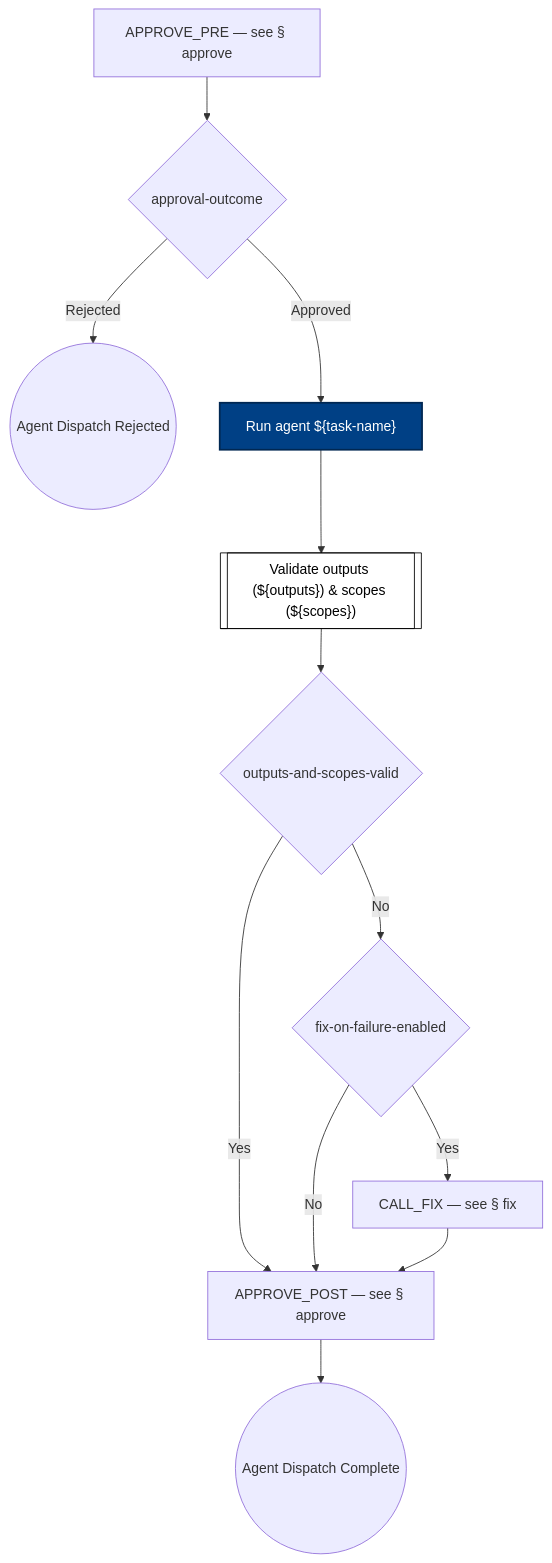
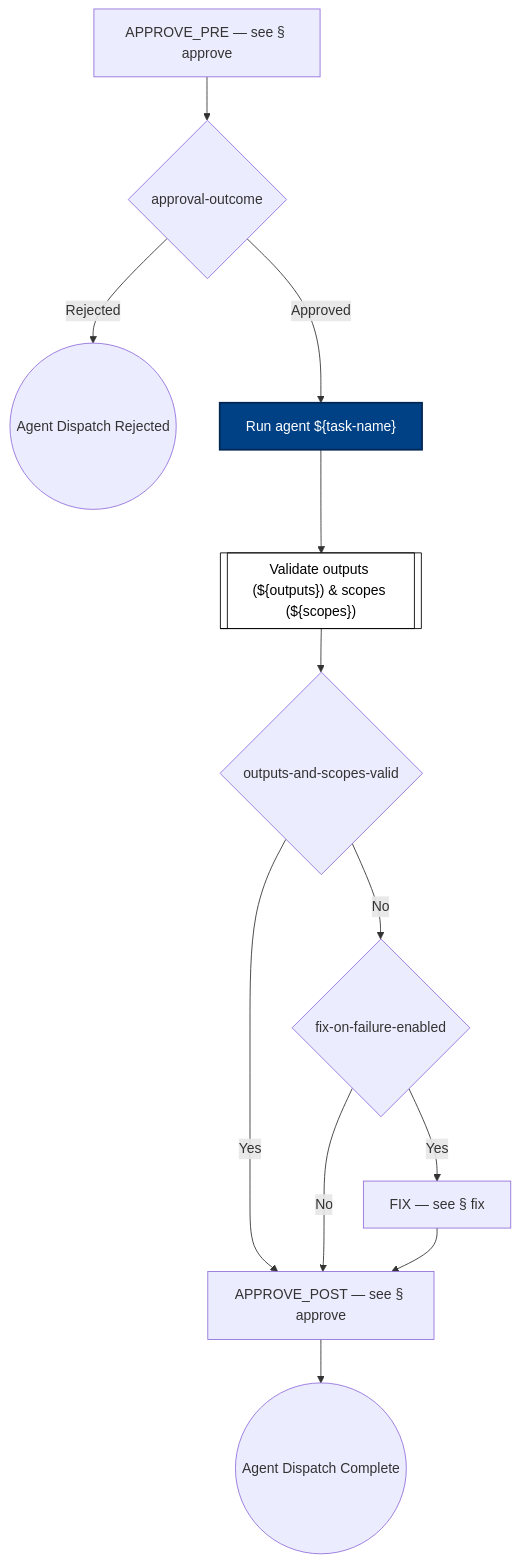
One commit to optivem/gh-optivem changed diagram 48 of 50 in docs/process-diagram.md. Above: the diagram before and after it, drawn with Mermaid. The commit also changed other lines of this file and 6 other files, not shown here.

````diff
--- a/docs/process-diagram.md
+++ b/docs/process-diagram.md
@@ -777,31 +777,31 @@
 ```mermaid
 flowchart TD
     APPROVE_POST[APPROVE_POST — see § approve]
     APPROVE_PRE[APPROVE_PRE — see § approve]
-    CALL_FIX[CALL_FIX — see § fix]
     EXECUTE_AGENT_END((Agent Dispatch Complete))
     EXECUTE_AGENT_REJECTED_END((Agent Dispatch Rejected))
+    FIX[FIX — see § fix]
     GATE_APPROVED_PRE{approval-outcome}
     GATE_FIX_ON_FAILURE{fix-on-failure-enabled}
     GATE_OUTPUTS_AND_SCOPES_VALID{outputs-and-scopes-valid}
     RUN_AGENT["Run agent ${task-name}"]
     VALIDATE_OUTPUTS_AND_SCOPES[["Validate outputs (${outputs}) & scopes (${scopes})"]]
 
     APPROVE_PRE --> GATE_APPROVED_PRE
     GATE_APPROVED_PRE -- Approved --> RUN_AGENT
     GATE_APPROVED_PRE -- Rejected --> EXECUTE_AGENT_REJECTED_END
     RUN_AGENT --> VALIDATE_OUTPUTS_AND_SCOPES
     VALIDATE_OUTPUTS_AND_SCOPES --> GATE_OUTPUTS_AND_SCOPES_VALID
     GATE_OUTPUTS_AND_SCOPES_VALID -- Yes --> APPROVE_POST
     GATE_OUTPUTS_AND_SCOPES_VALID -- No --> GATE_FIX_ON_FAILURE
-    GATE_FIX_ON_FAILURE -- Yes --> CALL_FIX
+    GATE_FIX_ON_FAILURE -- Yes --> FIX
     GATE_FIX_ON_FAILURE -- No --> APPROVE_POST
-    CALL_FIX --> APPROVE_POST
+    FIX --> APPROVE_POST
     APPROVE_POST --> EXECUTE_AGENT_END
 
     classDef serviceNode fill:#ffffff,stroke:#000000,stroke-width:1px,color:#000000
     class VALIDATE_OUTPUTS_AND_SCOPES serviceNode
 
     classDef agentNode fill:#004085,stroke:#002752,stroke-width:2px,color:#ffffff
     class RUN_AGENT agentNode
 ```
````
